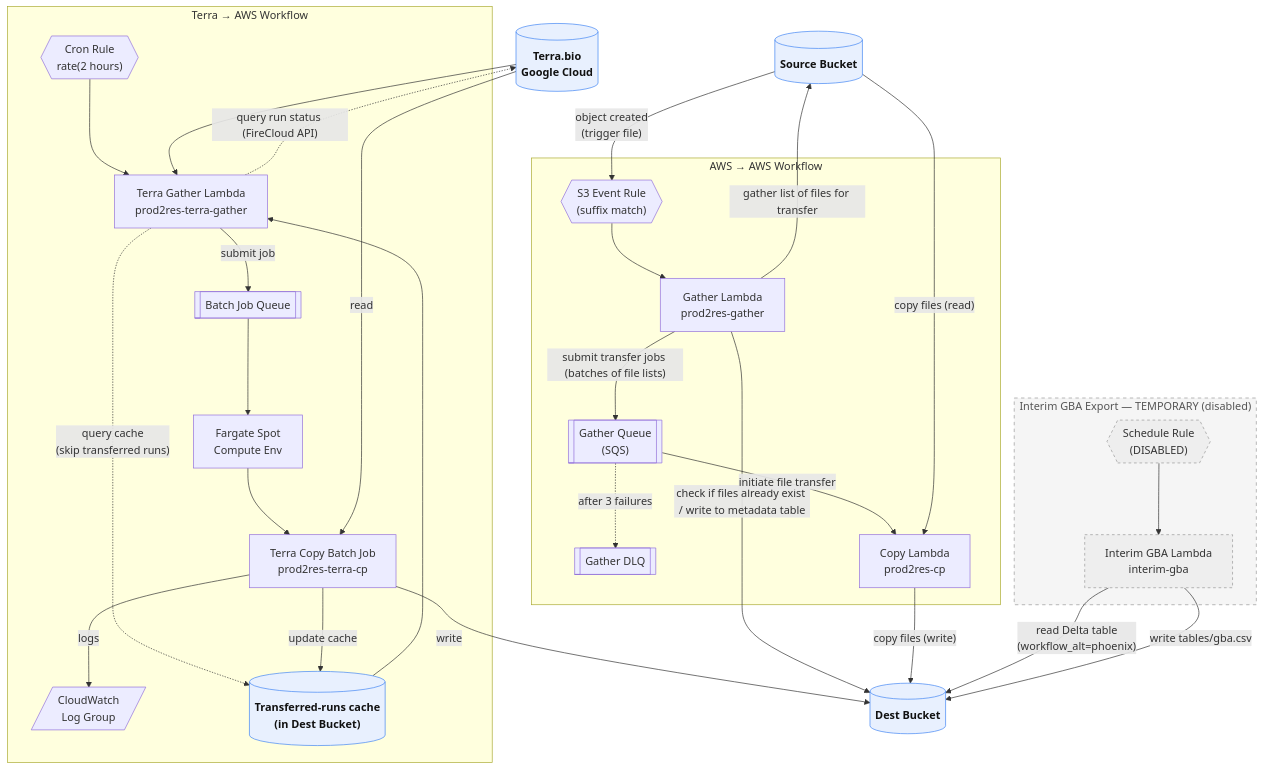
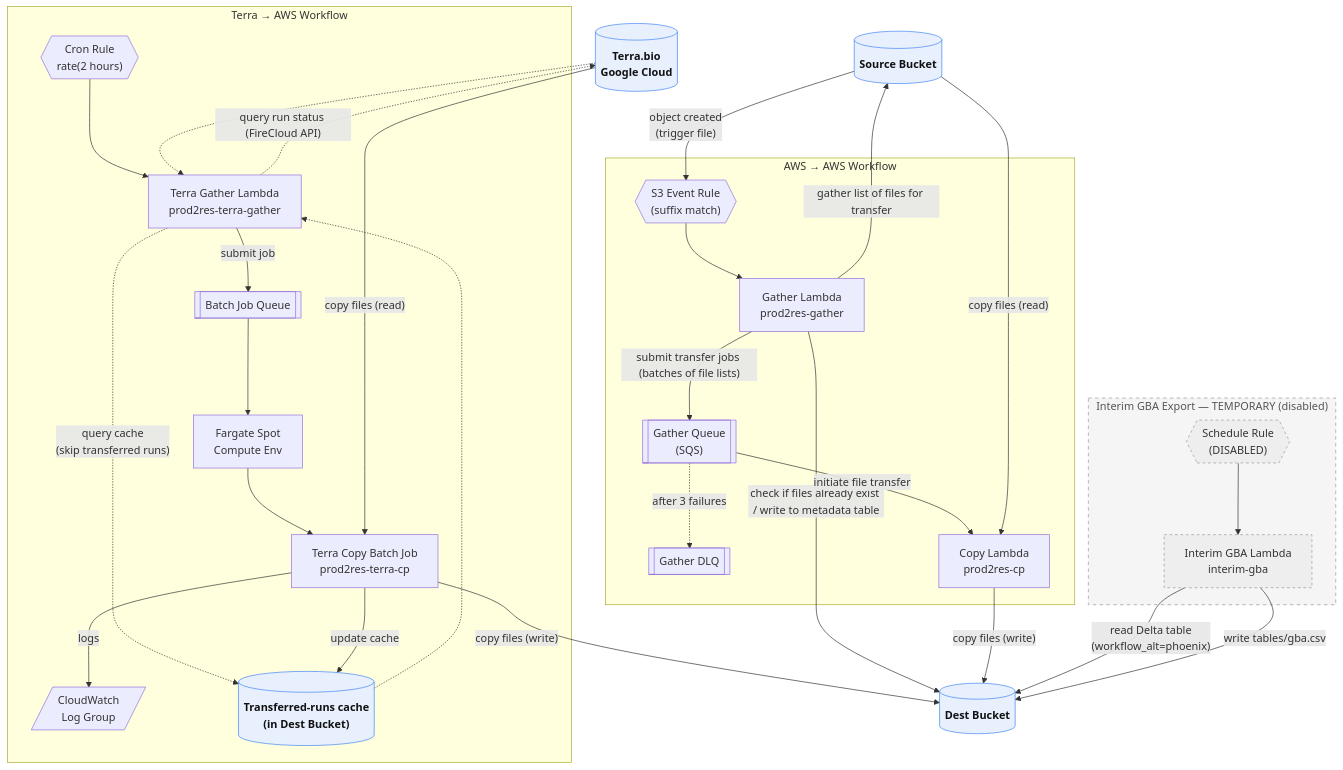
The diagram in README.md (DOH-JDJ0303/waphl-data), drawn with Mermaid before and after one commit.

Commit message:
Modify connections in the workflow diagram
Updated diagram connections for TCACHE and TERRA.

````diff
--- a/README.md
+++ b/README.md
@@ -1,73 +1,73 @@
 ```mermaid
 flowchart TD
     %% ---------- Shared storage ----------
     SRC[("Source Bucket")]
     DST[("Dest Bucket")]
     TERRA[("Terra.bio<br/>Google Cloud")]
 
     %% ---------- AWS to AWS ----------
     subgraph AWS2AWS["AWS &rarr; AWS Workflow"]
         S3EVT{{"S3 Event Rule<br/>(suffix match)"}}
         GATHER["Gather Lambda<br/>prod2res-gather"]
         GQ[["Gather Queue<br/>(SQS)"]]
         DLQ[["Gather DLQ"]]
         COPY["Copy Lambda<br/>prod2res-cp"]
     end
 
     %% ---------- Terra to AWS ----------
     subgraph TERRA2AWS["Terra &rarr; AWS Workflow"]
         TCRON{{"Cron Rule<br/>rate(2 hours)"}}
         TGATHER["Terra Gather Lambda<br/>prod2res-terra-gather"]
         TQUEUE[["Batch Job Queue"]]
         TCOMPUTE["Fargate Spot<br/>Compute Env"]
         TJOB["Terra Copy Batch Job<br/>prod2res-terra-cp"]
         TLOG[/"CloudWatch<br/>Log Group"/]
         TCACHE[("Transferred-runs cache<br/>(in Dest Bucket)")]
     end
 
     %% ---------- Interim GBA (temporary) ----------
     subgraph GBA["Interim GBA Export &mdash; TEMPORARY (disabled)"]
         GCRON{{"Schedule Rule<br/>(DISABLED)"}}
         GBAFN["Interim GBA Lambda<br/>interim-gba"]
     end
 
     %% ---------- AWS to AWS flows ----------
     SRC -- "object created \n(trigger file)" --> S3EVT
     S3EVT --> GATHER
     GATHER -- "gather list of files for transfer" --> SRC
     GATHER -- "check if files already exist / write to metadata table" --> DST
     GATHER -- "submit transfer jobs (batches of file lists)" --> GQ
     GQ -. "after 3 failures" .-> DLQ
     GQ -- "initiate file transfer" --> COPY
     SRC -- "copy files (read)" --> COPY
     COPY -- "copy files (write)" --> DST
 
     %% ---------- Terra to AWS flows ----------
     TCRON --> TGATHER
     TGATHER -. "query run status (FireCloud API)" .-> TERRA
     TGATHER -. "query cache<br/>(skip transferred runs)" .-> TCACHE
     TGATHER -- "submit job" --> TQUEUE
-    TCACHE  --> TGATHER
+    TCACHE  -.-> TGATHER
     TQUEUE --> TCOMPUTE
     TCOMPUTE --> TJOB
-    TERRA   --> TGATHER
-    TERRA -- "read" --> TJOB
-    TJOB -- "write" --> DST
+    TERRA   -.-> TGATHER
+    TERRA -- "copy files (read)" --> TJOB
+    TJOB -- "copy files (write)" --> DST
     TJOB -- "update cache" --> TCACHE
     TJOB -- "logs" --> TLOG
 
     %% ---------- Interim GBA flows ----------
     GCRON --> GBAFN
     GBAFN -- "read Delta table<br/>(workflow_alt=phoenix)" --> DST
     GBAFN -- "write tables/gba.csv" --> DST
 
     %% ---------- Styling ----------
     classDef bucket fill:#e8f0fe,stroke:#4285f4,color:#111,font-weight:bold;
     class SRC,DST,TERRA,TCACHE bucket;
 
     classDef api fill:#fef7e0,stroke:#f9ab00,color:#111;
 
     style GBA fill:#f5f5f5,stroke:#999,stroke-dasharray:5 5,color:#555;
     style GCRON fill:#eeeeee,stroke:#999,stroke-dasharray:4 4;
     style GBAFN fill:#eeeeee,stroke:#999,stroke-dasharray:4 4;
 ```
````
